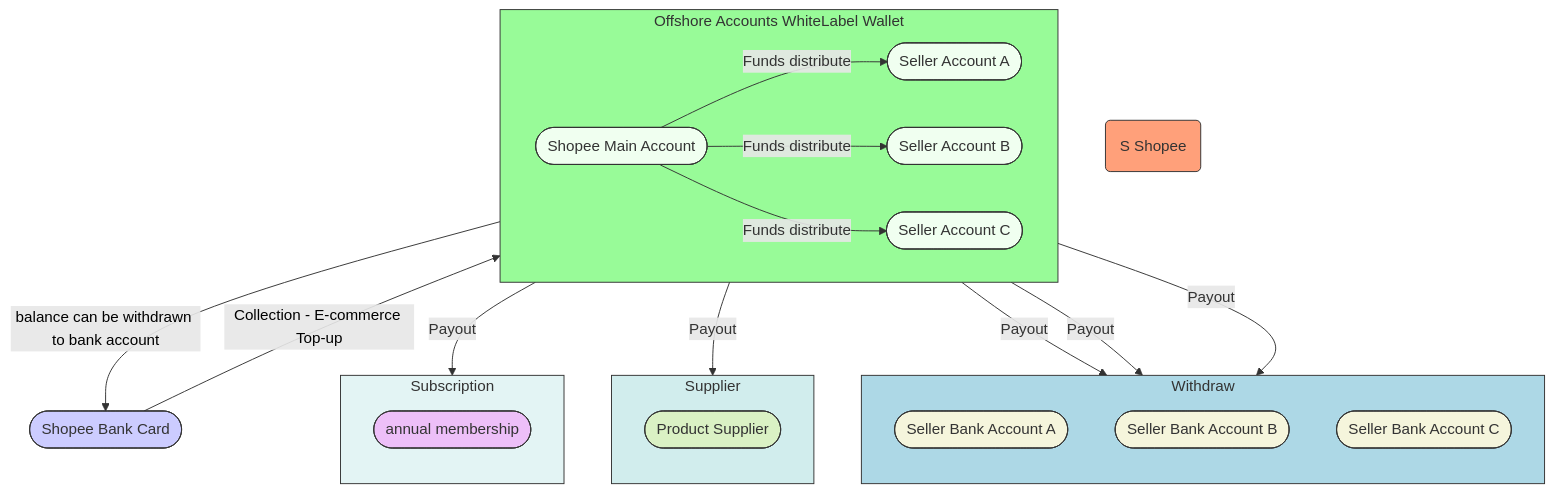
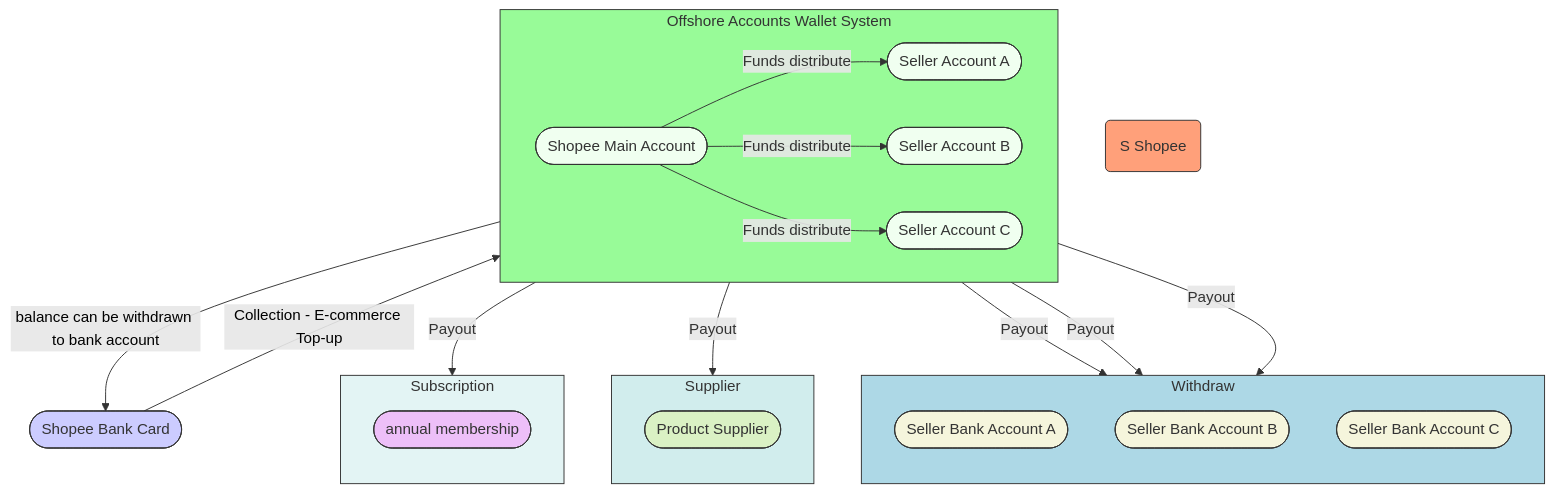
The fifth of 6 diagrams in README.md (blaire101/data-warehouse-solutions), drawn with Mermaid before and after one commit.

````diff
--- a/README.md
+++ b/README.md
@@ -371,69 +371,69 @@
 ```mermaid
 graph TD
     %% Left side entities - Shopee above Shopee Bank Card
     Shopee(S Shopee)
     style Shopee fill:#FFA07A,stroke:#333,stroke-width:2px %% Adjusted to comfortable orange-yellow
     ShopeeBankCard([Shopee Bank Card])
     style ShopeeBankCard fill:#ccf,stroke:#333,stroke-width:2px %% Keep light blue for the card
 
     %% Central green box - Offshore Accounts White-label Official Wallet
-    subgraph SG_Wallet_T["Offshore Accounts WhiteLabel Wallet"]
+    subgraph SG_Wallet_T["Offshore Accounts Wallet System"]
         direction LR %% Internal layout is more left-to-right
         style SG_Wallet_T fill:#98FB98,stroke:#333,stroke-width:2px %% Changed to light green
         SMA([Shopee Main Account])
         style SMA fill:#F0FFF0,stroke:#333,stroke-width:2px %% Keep very pale green
         SA_A([Seller Account A])
         style SA_A fill:#F0FFF0,stroke:#333,stroke-width:2px %% Keep very pale green
         SA_B([Seller Account B])
         style SA_B fill:#F0FFF0,stroke:#333,stroke-width:2px %% Keep very pale green
         SA_C([Seller Account C])
         style SA_C fill:#F0FFF0,stroke:#333,stroke-width:2px %% Keep very pale green
 
         SMA -- "Funds distribute" --> SA_A
         SMA -- "Funds distribute" --> SA_B
         SMA -- "Funds distribute" --> SA_C
         linkStyle 0,1,2 stroke:#333,stroke-width:1px
     end
 
     %% Right blue box - Seller Bank Accounts
     subgraph SG_SellerBanks["Withdraw"]
         direction TB %% Internal layout is top-to-bottom
         style SG_SellerBanks fill:#ADD8E6,stroke:#333,stroke-width:2px %% Changed to light blue
         SBA_A([Seller Bank Account A])
         style SBA_A fill:#F5F5DC,stroke:#333,stroke-width:2px %% Keep beige
         SBA_B([Seller Bank Account B])
         style SBA_B fill:#F5F5DC,stroke:#333,stroke-width:2px %% Keep beige
         SBA_C([Seller Bank Account C])
         style SBA_C fill:#F5F5DC,stroke:#333,stroke-width:2px %% Keep beige
     end
 
    %% Right blue box - Seller Product Supplier
     subgraph SZ_ProductSupplier["Supplier"]
         direction TB %% Internal layout is top-to-bottom
         style SZ_ProductSupplier fill:#ADD8,stroke:#333,stroke-width:2px %% Changed to light blue
         SPS_A([Product Supplier])
         style SPS_A fill:#FF23,stroke:#333,stroke-width:2px %% Keep beige
     end
 
     %% Right blue box - Seller Annual Subscription Plan
     subgraph Subs["Subscription"]
         direction TB %% Internal layout is top-to-bottom
         style Subs fill:#ADD5,stroke:#333,stroke-width:1px %% Changed to light blue
         SASP_C([annual membership])
         style SASP_C fill:#F5F5,stroke:#333,stroke-width:1px %% Keep beige
     end
 
     %% Connections between main sections
     ShopeeBankCard --> |Collection - E-commerce Top-up| SMA
     linkStyle 3 stroke:#333,stroke-width:1px,color:#000
 
     SMA --> |balance can be withdrawn to bank account| ShopeeBankCard
     linkStyle 4 stroke:#333,stroke-width:1px,color:#000
 
     SA_A --> |Payout| SBA_A
     SA_A --> |Payout| SPS_A
     SA_C --> |Payout| SASP_C
     SA_B --> |Payout| SBA_B
     SA_C --> |Payout| SBA_C
     linkStyle 5,6,7 stroke:#333,stroke-width:1px
 ```
````
